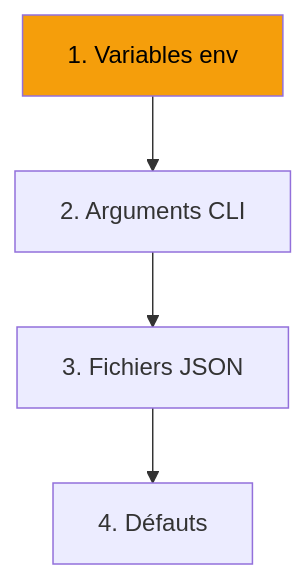
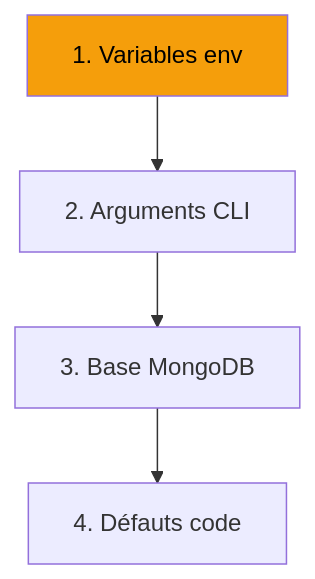
Before and after one commit to ChrisG-L/rtype: the diagram in docs/configuration/index.md, drawn with Mermaid. The commit also changed other lines of this file and 29 other files, not shown here.

````diff
--- a/docs/configuration/index.md
+++ b/docs/configuration/index.md
@@ -46,8 +59,8 @@
 ```mermaid
 flowchart TB
     A[1. Variables env] --> B[2. Arguments CLI]
-    B --> C[3. Fichiers JSON]
-    C --> D[4. Défauts]
+    B --> C[3. Base MongoDB]
+    C --> D[4. Défauts code]
 
     style A fill:#f59e0b,color:#000
 ```
````
